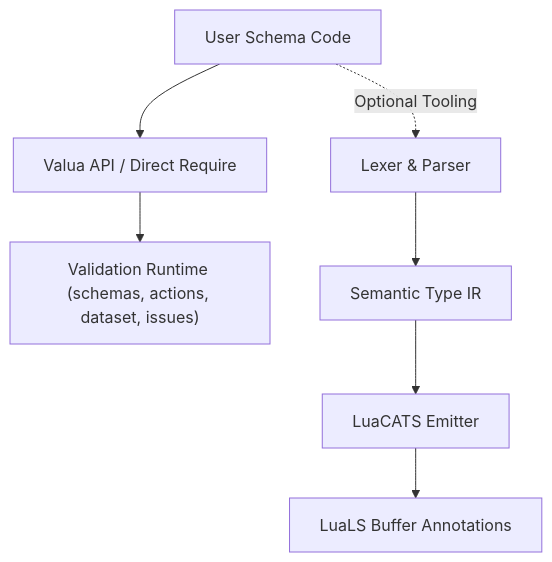
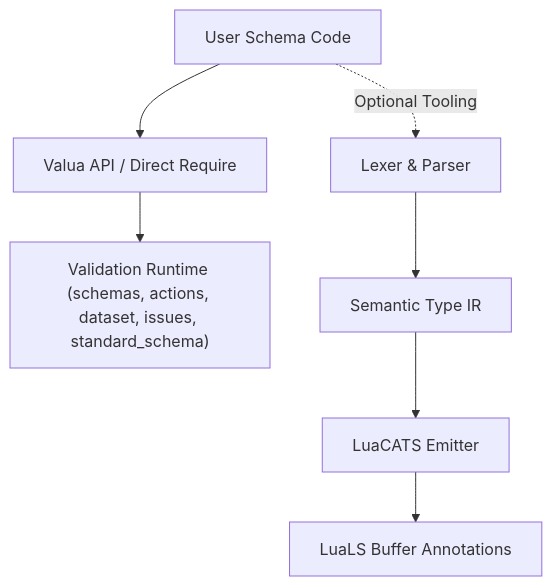
Before and after one commit to moonstone-sh/valua: the diagram in README.md, drawn with Mermaid. The commit also changed other lines of this file and 47 other files, not shown here.

Commit message:
feat(spec): implement Standard Schema v1 conformance across all schemas

````diff
--- a/README.md
+++ b/README.md
@@ -55,9 +77,9 @@
 ```mermaid
 flowchart TD
     User["User Schema Code"] --> API["Valua API / Direct Require"]
-    API --> Core["Validation Runtime (schemas, actions, dataset, issues)"]
+    API --> Core["Validation Runtime (schemas, actions, dataset, issues, standard_schema)"]
     User -. Optional Tooling .-> Lexer["Lexer & Parser"]
     Lexer --> IR["Semantic Type IR"]
     IR --> Emitter["LuaCATS Emitter"]
     Emitter --> LuaLS["LuaLS Buffer Annotations"]
 ```
````
